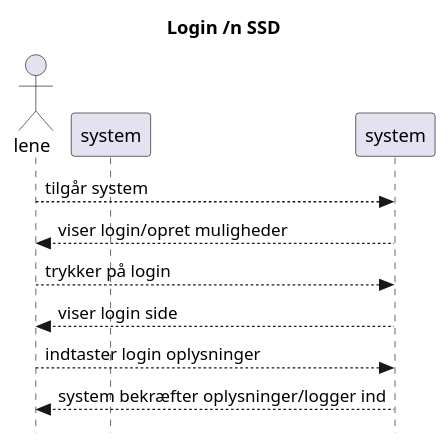
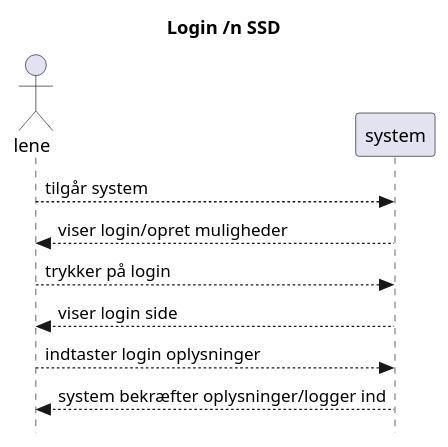
Before and after one commit to Team-1-ucl/Team1_Projekt: the diagram in Dokumentation/Scenarier/Baner/Development View/SSD/Login.wsd, drawn with PlantUML.

Commit message:
changed system

```diff
--- a/Dokumentation/Scenarier/Baner/Development View/SSD/Login.wsd
+++ b/Dokumentation/Scenarier/Baner/Development View/SSD/Login.wsd
@@ -1,12 +1,12 @@
 @startuml Login
 title Login /n SSD
 skinparam style strictuml
 actor lene as lene
-participant system as sys
+participant system as system
 lene --> system: tilgår system
 lene <-- system: viser login/opret muligheder
 lene --> system: trykker på login
 lene <-- system: viser login side
 lene --> system: indtaster login oplysninger
 lene <-- system: system bekræfter oplysninger/logger ind
 @enduml
```
